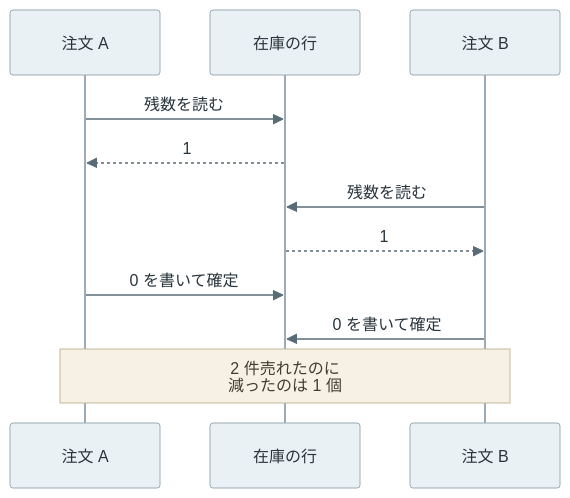
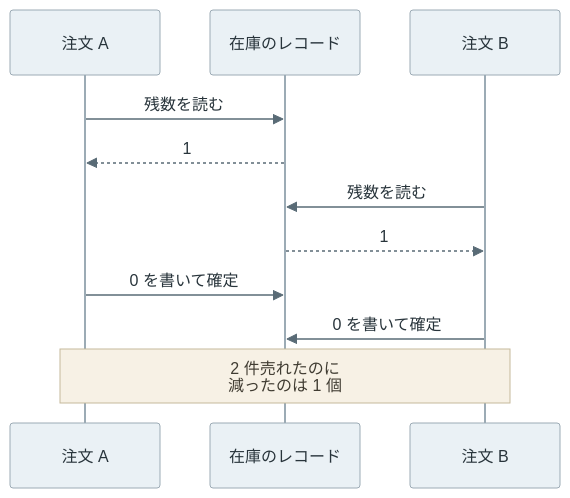
One commit to nao1215/debimate changed the first of 8 diagrams in content/notes/database-systems/transaction-isolation/index.md. Above: the diagram before and after it, drawn with Mermaid. The commit also changed other lines of this file and 125 other files, not shown here.

````diff
--- a/content/notes/database-systems/transaction-isolation/index.md
+++ b/content/notes/database-systems/transaction-isolation/index.md
@@ -19,14 +19,14 @@
 ```mermaid
 %%{init: {"theme":"base","themeVariables":{"primaryColor":"#eaf1f5","primaryTextColor":"#28343b","primaryBorderColor":"#9cabb5","lineColor":"#596b76","textColor":"#28343b","actorBkg":"#eaf1f5","actorBorder":"#9cabb5","actorTextColor":"#28343b","actorLineColor":"#9cabb5","signalColor":"#596b76","signalTextColor":"#28343b","noteBkgColor":"#f7f1e5","noteBorderColor":"#c5b99b","noteTextColor":"#403c32","activationBkgColor":"#edf3ef","activationBorderColor":"#9aafa1"}}}%%
 sequenceDiagram
     participant A as 注文 A
-    participant D as 在庫の行
+    participant D as 在庫のレコード
     participant B as 注文 B
     A->>D: 残数を読む
     D-->>A: 1
     B->>D: 残数を読む
     D-->>B: 1
     A->>D: 0 を書いて確定
     B->>D: 0 を書いて確定
     Note over A,B: 2 件売れたのに<br/>減ったのは 1 個
 ```
````
